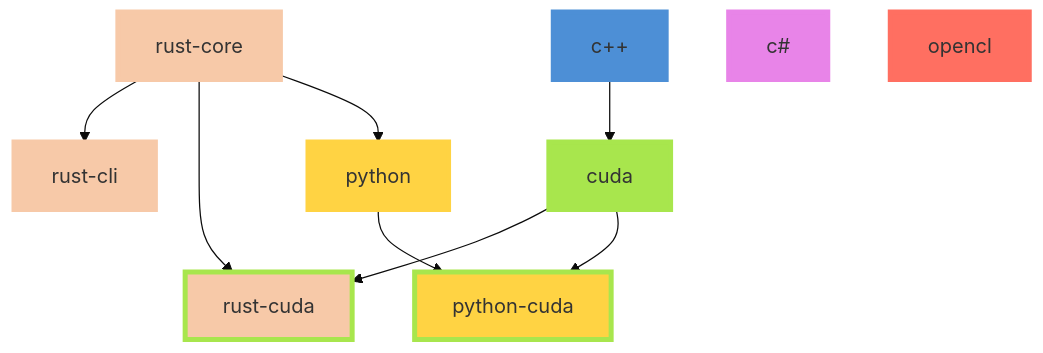
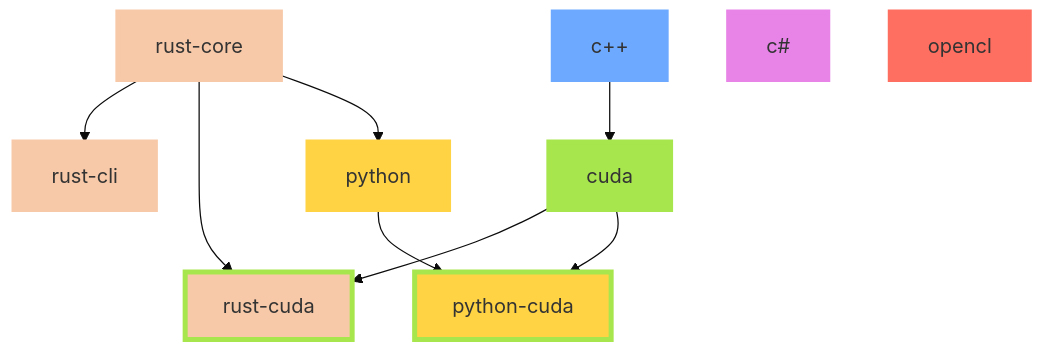
Before and after one commit to Glatzel/pyxis: the diagram in docs/feature list.md, drawn with Mermaid (base theme).

````diff
--- a/docs/feature list.md
+++ b/docs/feature list.md
@@ -5,28 +5,28 @@
 ```mermaid
 flowchart TD
 
 c++ --> cuda
 
 cuda --> rust-cuda
 
 
 rust-core --> rust-cli
 rust-core --> rust-cuda
 rust-core --> python
 
 python --> python-cuda
 cuda --> python-cuda
 
 c#
 opencl
 
 style c# fill         : #e884e8, stroke: #e884e8, stroke-width: 4px
-style c++ fill        : #4d8fd6, stroke: #4d8fd6, stroke-width: 4px
+style c++ fill        : #6da9ff, stroke: #6da9ff, stroke-width: 4px
 style cuda fill       : #a8e64d, stroke: #a8e64d, stroke-width: 4px
 style opencl fill     : #ff6f61, stroke: #ff6f61, stroke-width: 4px
 style python fill     : #ffd343, stroke: #ffd343, stroke-width: 4px
 style python-cuda fill: #ffd343, stroke: #a8e64d, stroke-width: 4px
 style rust-cli fill   : #f7c9a8, stroke: #f7c9a8, stroke-width: 4px
 style rust-core fill  : #f7c9a8, stroke: #f7c9a8, stroke-width: 4px
 style rust-cuda fill  : #f7c9a8, stroke: #a8e64d, stroke-width: 4px
 ```
````
